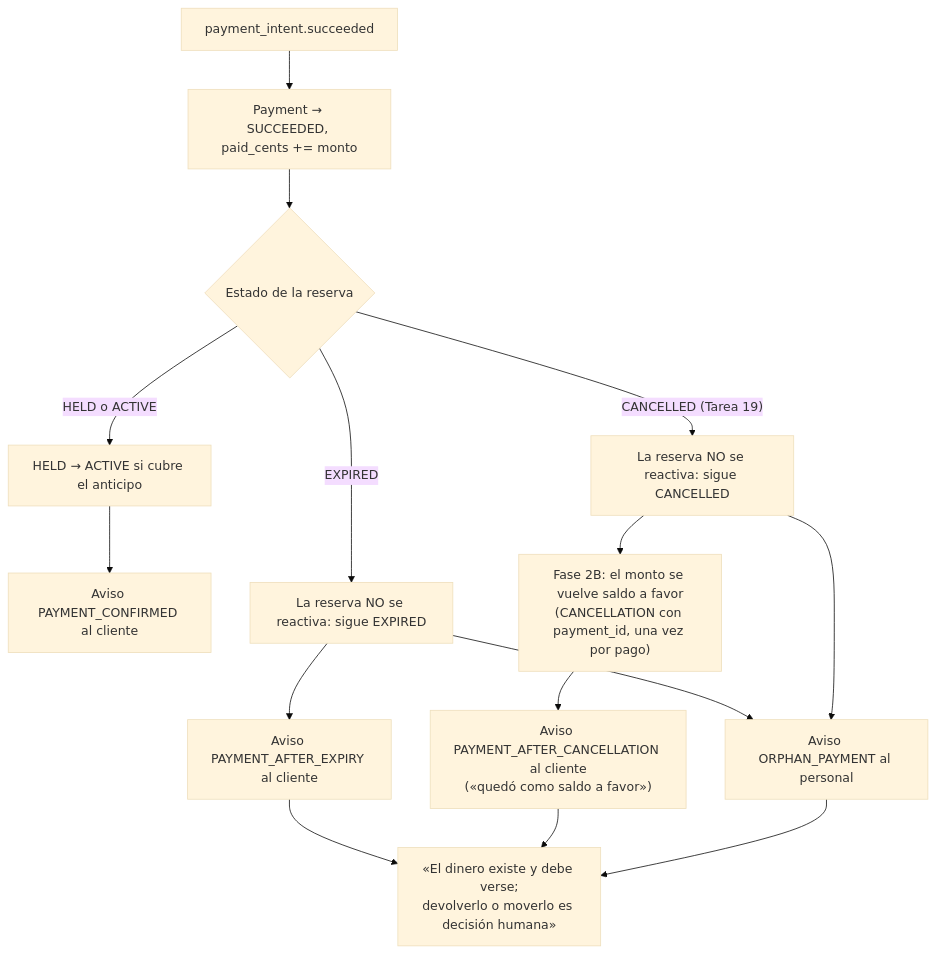
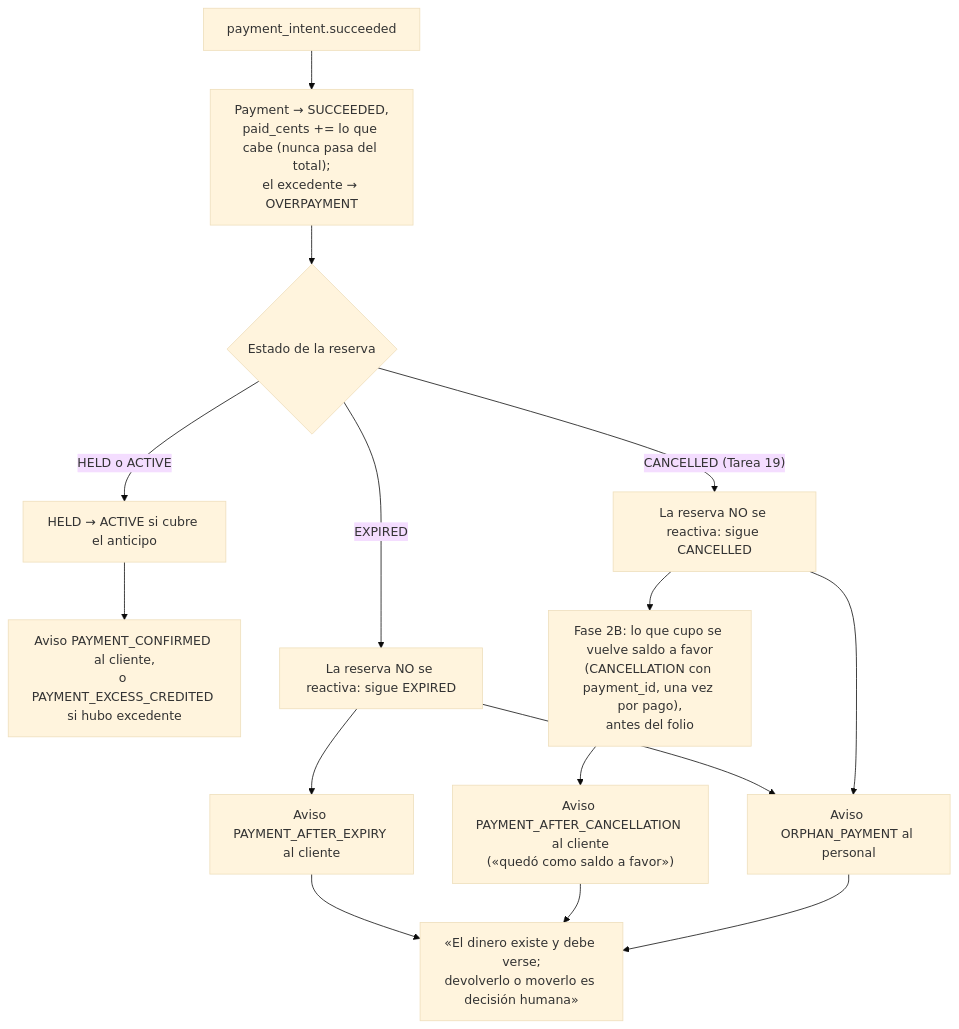
One commit to erickgs2/ruta_mochilera changed diagram 11 of 17 in docs/diagrams/payment-flow.md. Above: the diagram before and after it, drawn with Mermaid (base theme). The commit also changed other lines of this file and 19 other files, not shown here.

````diff
--- a/docs/diagrams/payment-flow.md
+++ b/docs/diagrams/payment-flow.md
@@ -302,17 +306,17 @@
 ```mermaid
 flowchart TD
-    A["payment_intent.succeeded"] --> B["Payment → SUCCEEDED, paid_cents += monto"]
+    A["payment_intent.succeeded"] --> B["Payment → SUCCEEDED,<br/>paid_cents += lo que cabe (nunca pasa del total);<br/>el excedente → OVERPAYMENT"]
     B --> C{"Estado de la reserva"}
     C -- "HELD o ACTIVE" --> D["HELD → ACTIVE si cubre el anticipo"]
-    D --> E["Aviso PAYMENT_CONFIRMED al cliente"]
+    D --> E["Aviso PAYMENT_CONFIRMED al cliente,<br/>o PAYMENT_EXCESS_CREDITED si hubo excedente"]
     C -- "EXPIRED" --> F["La reserva NO se reactiva: sigue EXPIRED"]
     F --> G["Aviso PAYMENT_AFTER_EXPIRY al cliente"]
     F --> H["Aviso ORPHAN_PAYMENT al personal"]
     C -- "CANCELLED (Tarea 19)" --> F2["La reserva NO se reactiva: sigue CANCELLED"]
-    F2 --> CR["Fase 2B: el monto se vuelve saldo a favor<br/>(CANCELLATION con payment_id, una vez por pago)"]
+    F2 --> CR["Fase 2B: lo que cupo se vuelve saldo a favor<br/>(CANCELLATION con payment_id, una vez por pago),<br/>antes del folio"]
     CR --> G2["Aviso PAYMENT_AFTER_CANCELLATION al cliente<br/>(«quedó como saldo a favor»)"]
     F2 --> H
     G --> I["«El dinero existe y debe verse;<br/>devolverlo o moverlo es decisión humana»"]
     G2 --> I
     H --> I
 ```
````
